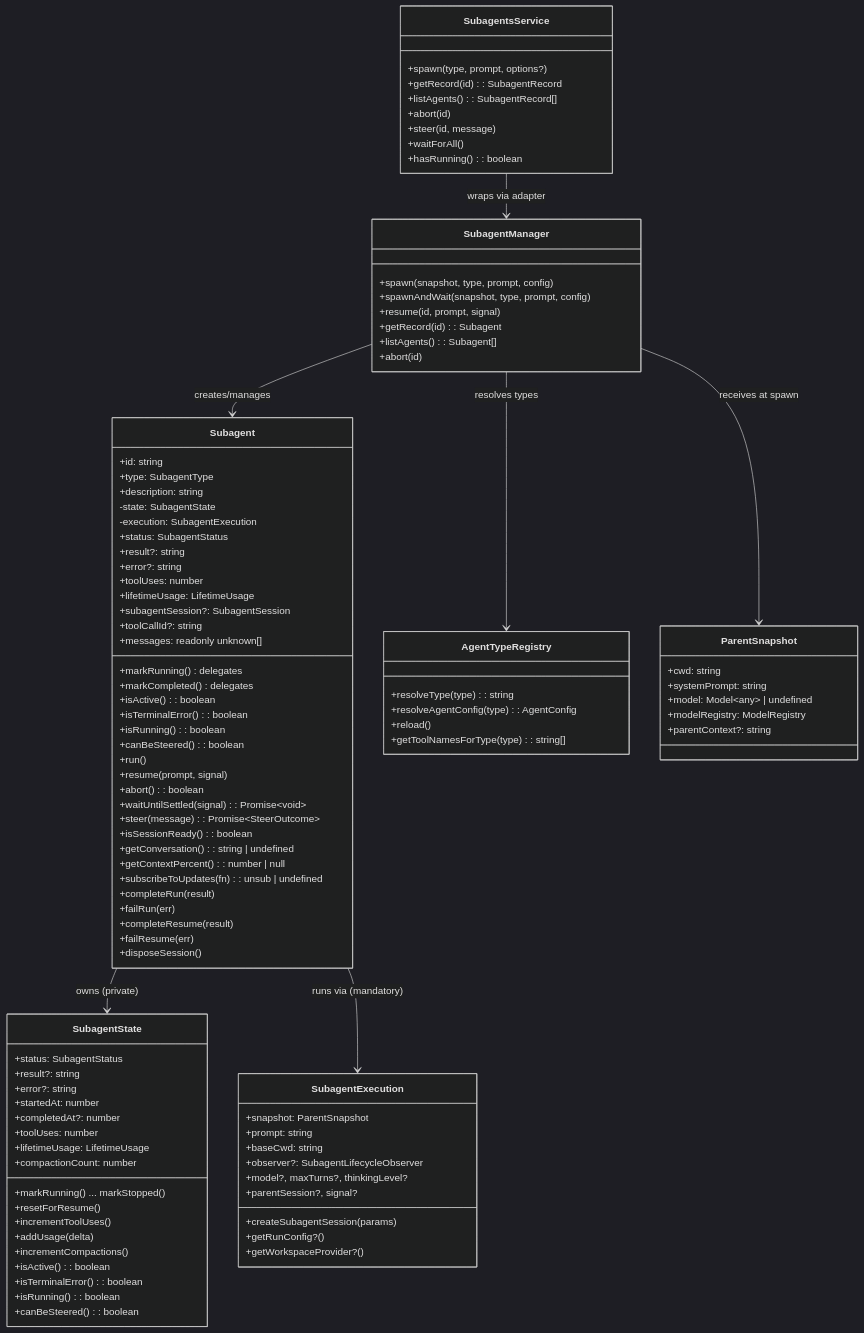
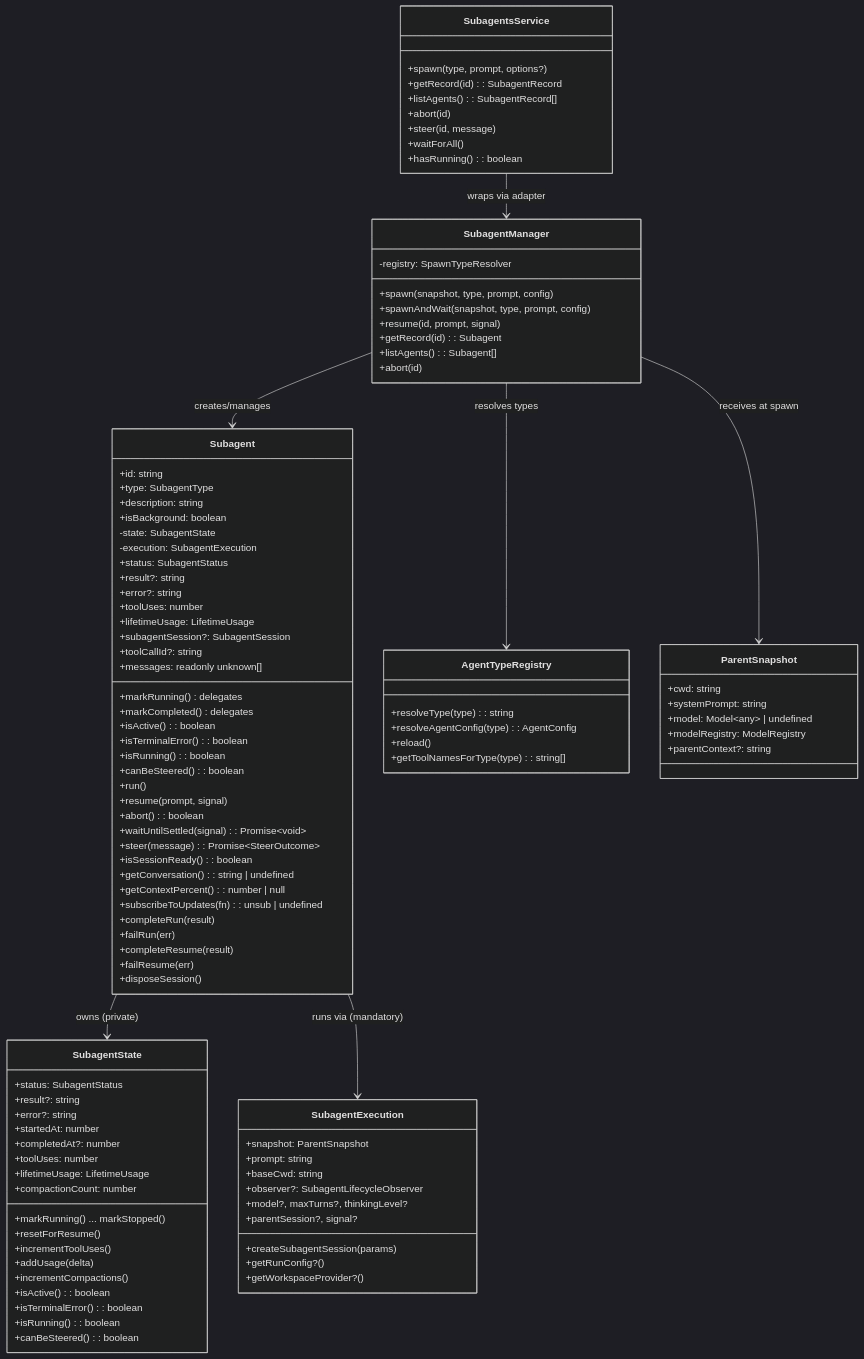
One commit to gotgenes/pi-packages changed the second of 6 diagrams in packages/pi-subagents/docs/architecture/architecture.md. Above: the diagram before and after it, drawn with Mermaid (dark theme). The commit also changed other lines of this file and 1 other file, not shown here.

First line of the commit message:
docs(pi-subagents): document the SDK spawn contract and the manager's registry edge

```diff
--- a/packages/pi-subagents/docs/architecture/architecture.md
+++ b/packages/pi-subagents/docs/architecture/architecture.md
@@ -139,6 +139,7 @@
         +id: string
         +type: SubagentType
         +description: string
+        +isBackground: boolean
         -state: SubagentState
         -execution: SubagentExecution
         +status: SubagentStatus
@@ -204,6 +205,7 @@
     }
 
     class SubagentManager {
+        -registry: SpawnTypeResolver
         +spawn(snapshot, type, prompt, config)
         +spawnAndWait(snapshot, type, prompt, config)
         +resume(id, prompt, signal)
```
